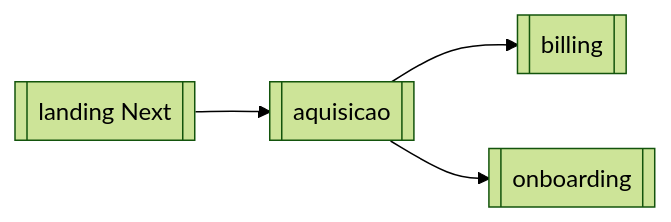
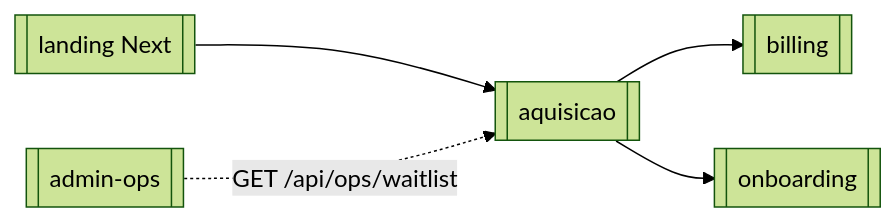
The fifth of 5 diagrams in docs/04_modulos/aquisicao.md (vinic-asouza/flock), drawn with Mermaid (forest theme) before and after one commit. The commit also changed other lines of this file and 15 other files, not shown here.

First line of the commit message:
docs(admin-ops): document waitlist GET

````diff
--- a/docs/04_modulos/aquisicao.md
+++ b/docs/04_modulos/aquisicao.md
@@ -370,7 +370,8 @@
 ```mermaid
 graph LR
   ACQ[[aquisicao]]
   ACQ --> BILL[[billing]]
   ACQ --> ONB[[onboarding]]
   Landing[[landing Next]] --> ACQ
+  OPS[[admin-ops]] -.->|GET /api/ops/waitlist| ACQ
 ```
````
